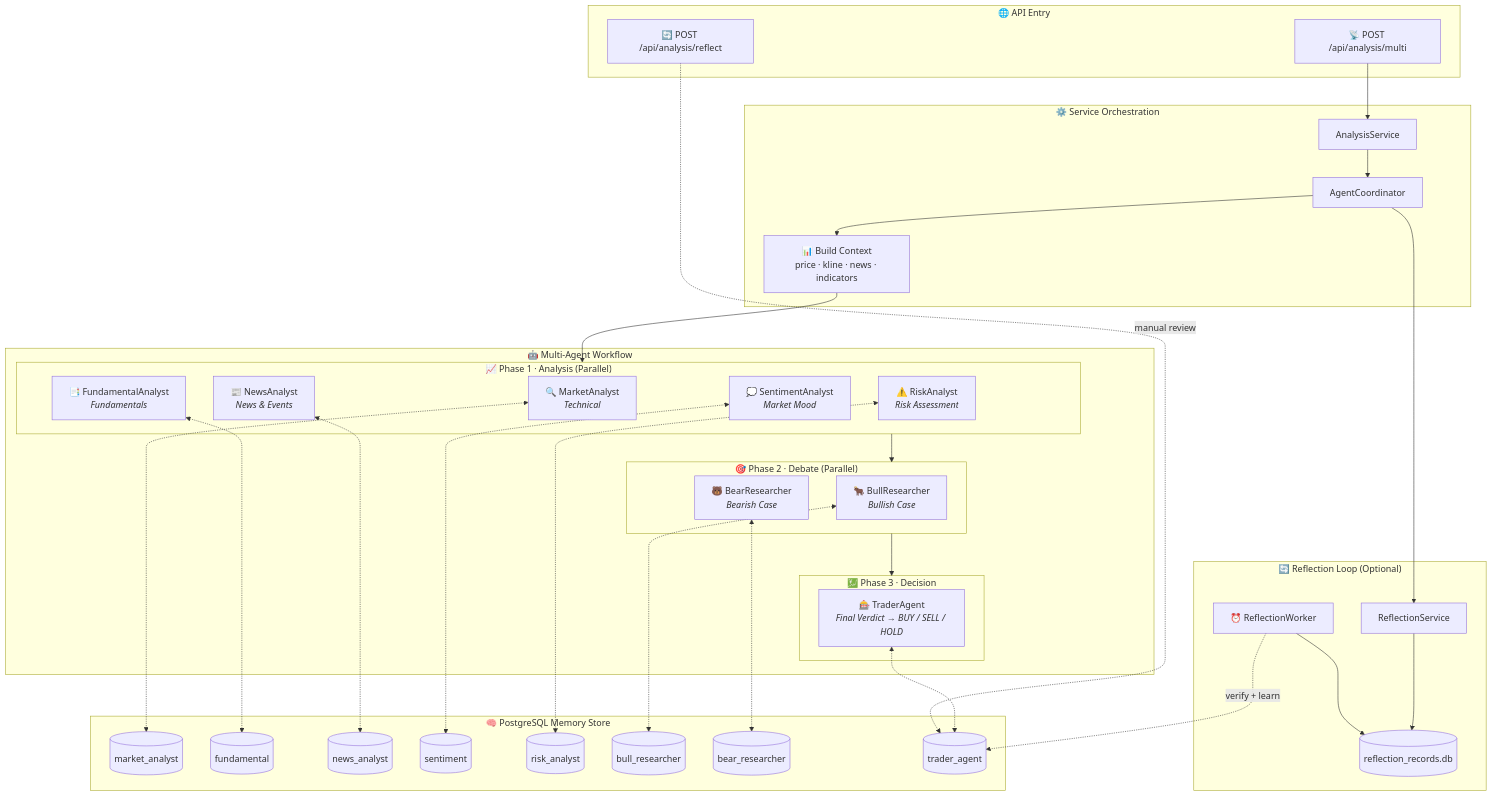
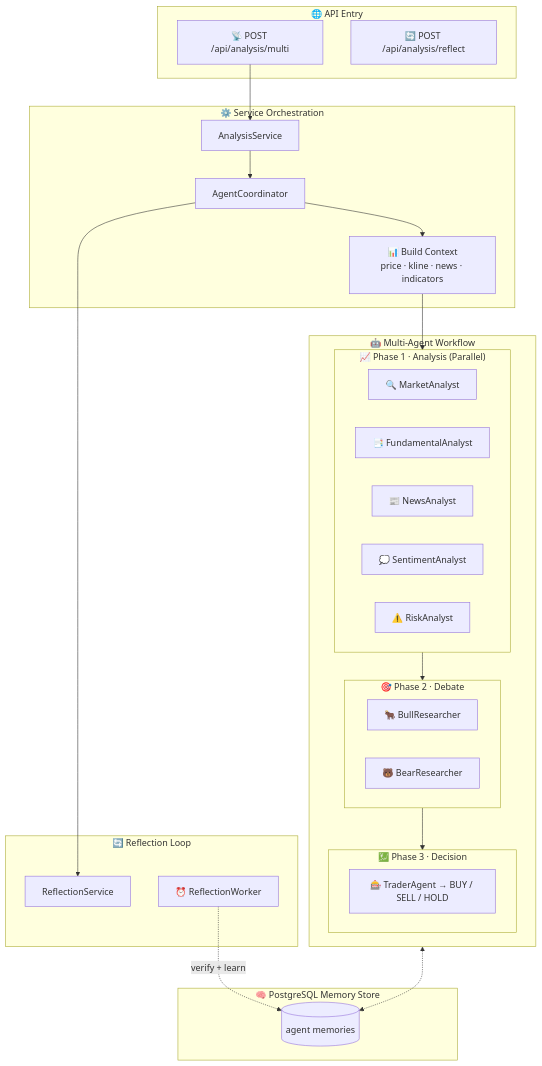
Before and after one commit to p369349074/QuantDinger: the diagram in README.md, drawn with Mermaid. The commit also changed other lines of this file, not shown here.

````diff
--- a/README.md
+++ b/README.md
@@ -264,76 +267,40 @@
 ```mermaid
 flowchart TB
-    %% ===== 🌐 Entry Layer =====
     subgraph Entry["🌐 API Entry"]
         A["📡 POST /api/analysis/multi"]
         A2["🔄 POST /api/analysis/reflect"]
     end
-
-    %% ===== ⚙️ Service Layer =====
     subgraph Service["⚙️ Service Orchestration"]
         B[AnalysisService]
         C[AgentCoordinator]
         D["📊 Build Context<br/>price · kline · news · indicators"]
     end
-
-    %% ===== 🤖 Multi-Agent Workflow =====
     subgraph Agents["🤖 Multi-Agent Workflow"]
-
         subgraph P1["📈 Phase 1 · Analysis (Parallel)"]
-            E1["🔍 MarketAnalyst<br/><i>Technical</i>"]
-            E2["📑 FundamentalAnalyst<br/><i>Fundamentals</i>"]
-            E3["📰 NewsAnalyst<br/><i>News & Events</i>"]
-            E4["💭 SentimentAnalyst<br/><i>Market Mood</i>"]
-            E5["⚠️ RiskAnalyst<br/><i>Risk Assessment</i>"]
+            E1["🔍 MarketAnalyst"]
+            E2["📑 FundamentalAnalyst"]
+            E3["📰 NewsAnalyst"]
+            E4["💭 SentimentAnalyst"]
+            E5["⚠️ RiskAnalyst"]
         end
-
-        subgraph P2["🎯 Phase 2 · Debate (Parallel)"]
-            F1["🐂 BullResearcher<br/><i>Bullish Case</i>"]
-            F2["🐻 BearResearcher<br/><i>Bearish Case</i>"]
+        subgraph P2["🎯 Phase 2 · Debate"]
+            F1["🐂 BullResearcher"]
+            F2["🐻 BearResearcher"]
         end
-
         subgraph P3["💹 Phase 3 · Decision"]
-            G["🎰 TraderAgent<br/><i>Final Verdict → BUY / SELL / HOLD</i>"]
+            G["🎰 TraderAgent → BUY / SELL / HOLD"]
         end
-
     end
-
-    %% ===== 🧠 Memory Layer =====
     subgraph Memory["🧠 PostgreSQL Memory Store"]
-        M1[("market_analyst")]
-        M2[("fundamental")]
-        M3[("news_analyst")]
-        M4[("sentiment")]
-        M5[("risk_analyst")]
-        M6[("bull_researcher")]
-        M7[("bear_researcher")]
-        M8[("trader_agent")]
+        M1[("agent memories")]
     end
-
-    %% ===== 🔄 Reflection Loop =====
-    subgraph Reflect["🔄 Reflection Loop (Optional)"]
+    subgraph Reflect["🔄 Reflection Loop"]
         R[ReflectionService]
-        RR[("reflection_records.db")]
         W["⏰ ReflectionWorker"]
     end
-
-    %% ===== Main Flow =====
     A --> B --> C --> D
     D --> P1 --> P2 --> P3
-
-    %% ===== Memory Read/Write =====
-    E1 <-.-> M1
-    E2 <-.-> M2
-    E3 <-.-> M3
-    E4 <-.-> M4
-    E5 <-.-> M5
-    F1 <-.-> M6
-    F2 <-.-> M7
-    G <-.-> M8
-
-    %% ===== Reflection Flow =====
-    C --> R --> RR
-    W --> RR
-    W -.->|"verify + learn"| M8
-    A2 -.->|"manual review"| M8
+    Agents <-.-> M1
+    C --> R
+    W -.->|"verify + learn"| M1
 ```
````
